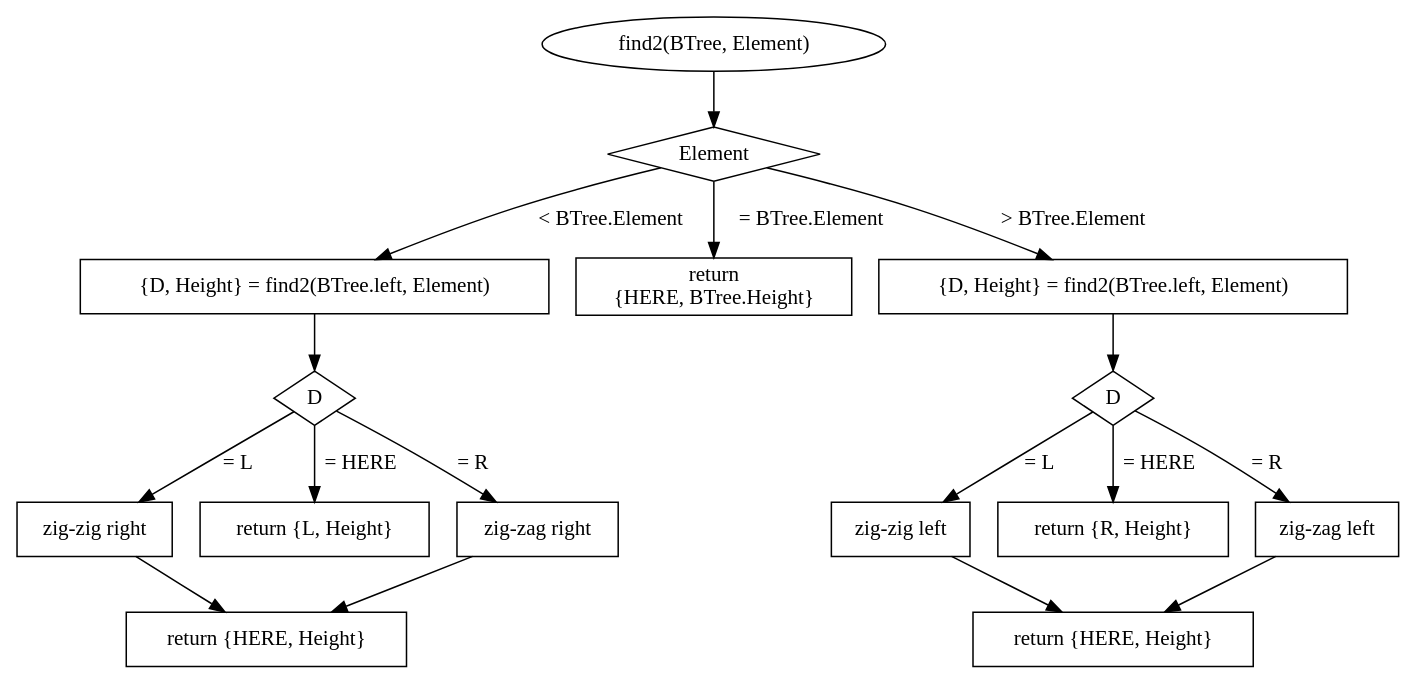
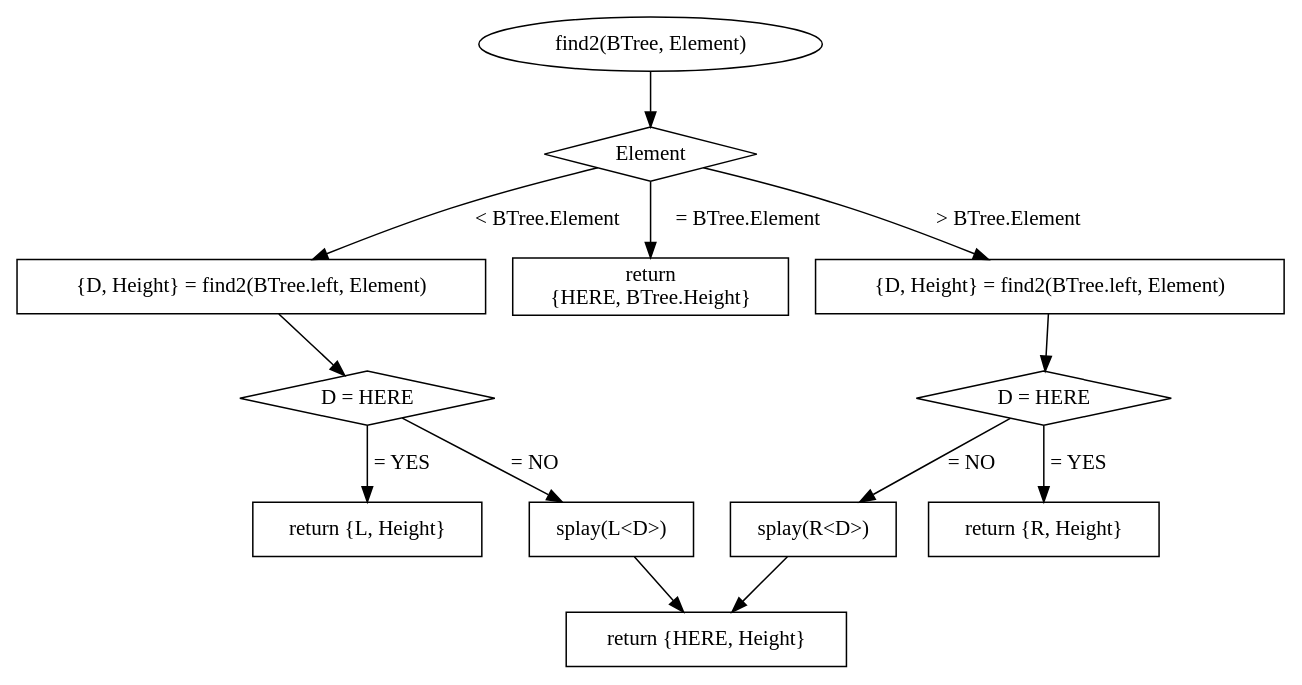
Before and after one commit to hugoppp-uni/Hausarbeit-Algorithmen-und-Datenstrukturen: the diagram in doc/graphviz/splayFind2.gv, drawn with Graphviz. The commit also changed 2 other files, not shown here.

Commit message:
Change find to use splay()

```diff
--- a/doc/graphviz/splayFind2.gv
+++ b/doc/graphviz/splayFind2.gv
@@ -1,39 +1,33 @@
 digraph G{
 node [shape = box];
 start [label = "find2(BTree, Element)" shape = ellipse]
 start -> b1
 b1[label = "Element" shape = diamond]
 b1 -> lt [label = " < BTree.Element"]
 b1 -> eq [label = " = BTree.Element"]
 b1 -> gt [label = " > BTree.Element"]
 
 gt[label = "{D, Height} = find2(BTree.left, Element)"]
 gt -> gt2
-gt2[label = "D" shape = diamond]
-gt2 -> gtl [label="= L"]
-gt2 -> gth [label="= HERE"]
-gt2 -> gtr [label="= R"]
+gt2[label = "D = HERE" shape = diamond]
+gt2 -> gtnh [label="= NO"]
+gt2 -> gth [label="= YES"]
 gth[label = "return {R, Height}"]
-gtl[label = "zig-zig left"]
-gtr[label = "zig-zag left"]
-gtl -> gtlr
-gtr -> gtlr
-gtlr [label = "return {HERE, Height}"]
+gtnh[label = "splay(R<D>)"]
+gtnh -> Splay
+Splay [label = "return {HERE, Height}"]
 
 eq [label = "return\n{HERE, BTree.Height}"]
 
 lt[label = "{D, Height} = find2(BTree.left, Element)"]
 lt -> lt2
-lt2[label = "D" shape = diamond]
-lt2 -> ltl [label="= L"]
-lt2 -> lth [label="= HERE"]
-lt2 -> ltr [label="= R"]
+lt2[label = "D = HERE" shape = diamond]
+lt2 -> lth [label="= YES"]
+lt2 -> ltnh [label="= NO"]
 lth[label = "return {L, Height}"]
-ltl[label = "zig-zig right"]
-ltr[label = "zig-zag right"]
-ltl -> ltlr
-ltr -> ltlr
-ltlr [label = "return {HERE, Height}"]
+ltnh[label = "splay(L<D>)"]
+ltnh -> Splay
+Splay [label = "return {HERE, Height}"]
 
 
 }
```
